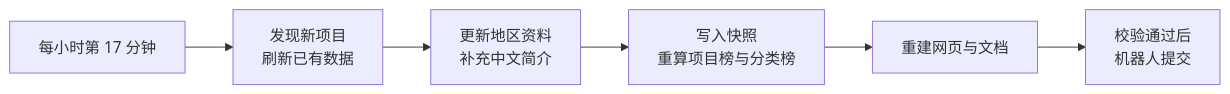
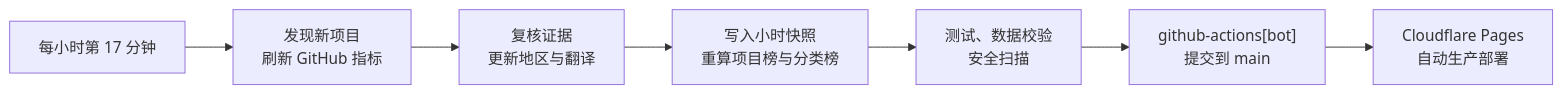
One commit to aaaaaaa-feng/deepseek-harness-ecosystem-radar changed the diagram in 项目完成情况.md. Above: the diagram before and after it, drawn with Mermaid. The commit also changed other lines of this file and 11 other files, not shown here.

Commit message:
chore: finalize Cloudflare Pages launch

````diff
--- a/项目完成情况.md
+++ b/项目完成情况.md
@@ -102,8 +67,9 @@
 ```mermaid
 flowchart LR
-    A["每小时第 17 分钟"] --> B["发现新项目<br/>刷新已有数据"]
-    B --> C["更新地区资料<br/>补充中文简介"]
-    C --> D["写入快照<br/>重算项目榜与分类榜"]
-    D --> E["重建网页与文档"]
-    E --> F["校验通过后<br/>机器人提交"]
+    A["每小时第 17 分钟"] --> B["发现新项目<br/>刷新 GitHub 指标"]
+    B --> C["复核证据<br/>更新地区与翻译"]
+    C --> D["写入小时快照<br/>重算项目榜与分类榜"]
+    D --> E["测试、数据校验<br/>安全扫描"]
+    E --> F["github-actions[bot]<br/>提交到 main"]
+    F --> G["Cloudflare Pages<br/>自动生产部署"]
 ```
````
